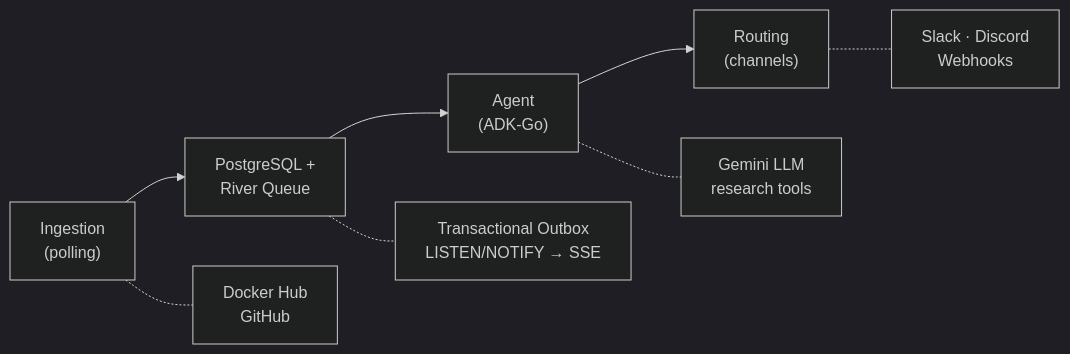
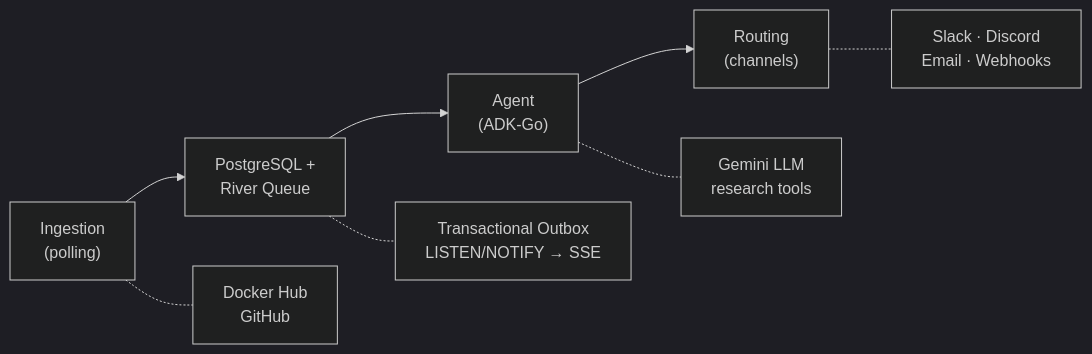
Before and after one commit to sentioxyz/changelogue: the diagram in README.md, drawn with Mermaid (dark theme). The commit also changed other lines of this file and 3 other files, not shown here.

````diff
--- a/README.md
+++ b/README.md
@@ -17,11 +17,11 @@
 ```mermaid
 graph LR
     A["Ingestion<br/>(polling)"] --> B["PostgreSQL +<br/>River Queue"]
     B --> C["Agent<br/>(ADK-Go)"]
     C --> D["Routing<br/>(channels)"]
 
     A -.- A1["Docker Hub<br/>GitHub"]
     B -.- B1["Transactional Outbox<br/>LISTEN/NOTIFY → SSE"]
     C -.- C1["Gemini LLM<br/>research tools"]
-    D -.- D1["Slack · Discord<br/>Webhooks"]
+    D -.- D1["Slack · Discord<br/>Email · Webhooks"]
 ```
````
